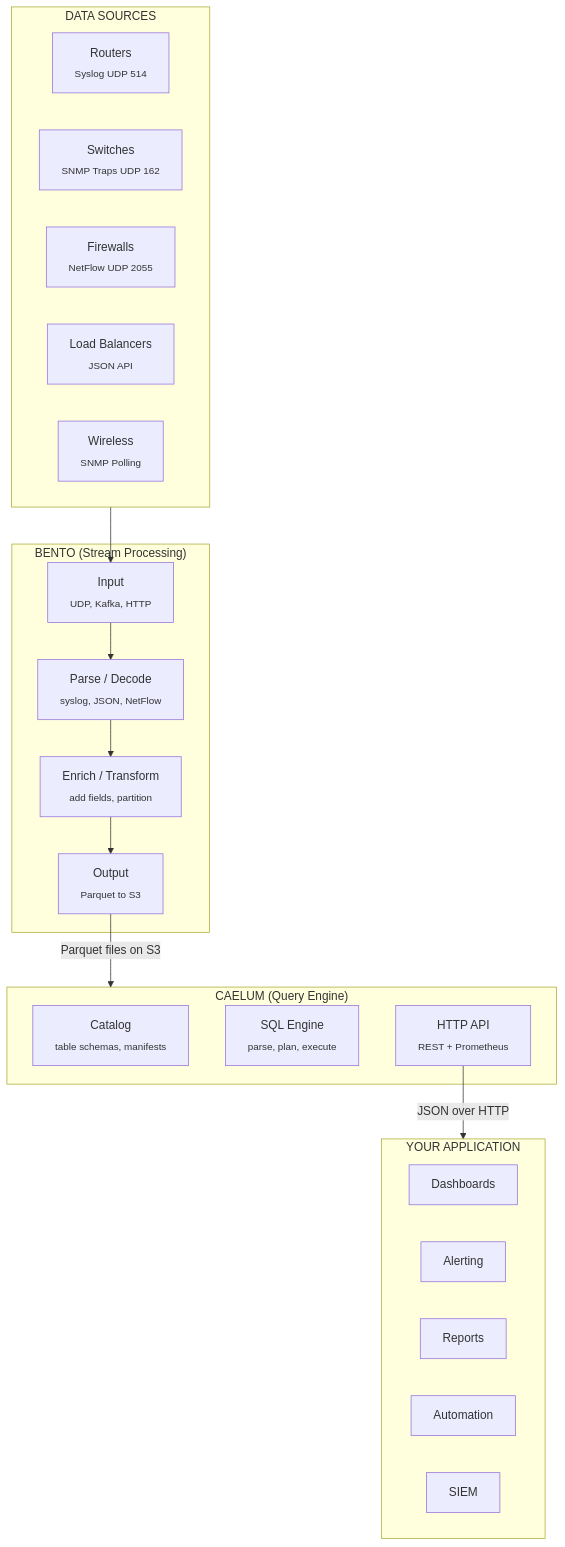
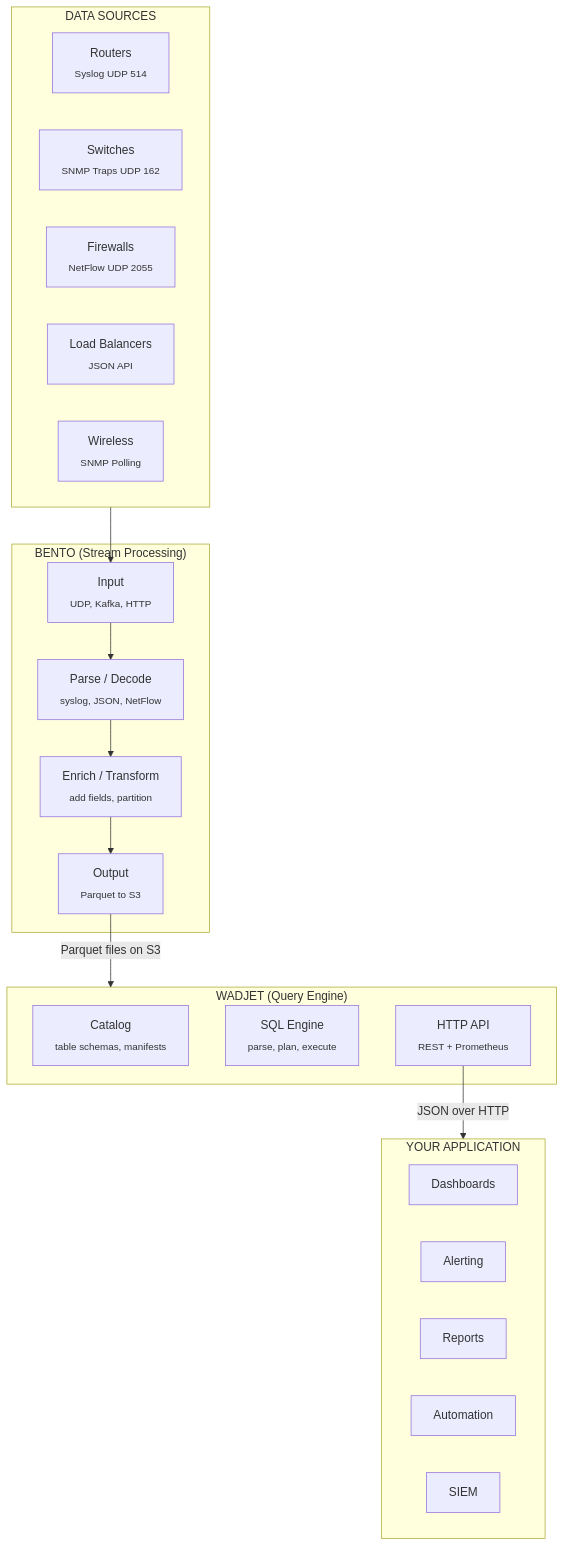
One commit to derekmwright/wadjet changed the diagram in docs/network-analytics.md. Above: the diagram before and after it, drawn with Mermaid. The commit also changed other lines of this file and 155 other files, not shown here.

First line of the commit message:
chore: rename project from caelum to wadjet under citc-tech

````diff
--- a/docs/network-analytics.md
+++ b/docs/network-analytics.md
@@ -7,36 +7,36 @@
 ```mermaid
 graph TD
     subgraph DS ["DATA SOURCES"]
         R["Routers<br/><sub>Syslog UDP 514</sub>"]
         SW["Switches<br/><sub>SNMP Traps UDP 162</sub>"]
         FW["Firewalls<br/><sub>NetFlow UDP 2055</sub>"]
         LB["Load Balancers<br/><sub>JSON API</sub>"]
         WL["Wireless<br/><sub>SNMP Polling</sub>"]
     end
 
     subgraph BE ["BENTO (Stream Processing)"]
         IN["Input<br/><sub>UDP, Kafka, HTTP</sub>"]
         PA["Parse / Decode<br/><sub>syslog, JSON, NetFlow</sub>"]
         EN["Enrich / Transform<br/><sub>add fields, partition</sub>"]
         OUT["Output<br/><sub>Parquet to S3</sub>"]
         IN --> PA --> EN --> OUT
     end
 
-    subgraph CA ["CAELUM (Query Engine)"]
+    subgraph CA ["WADJET (Query Engine)"]
         CAT["Catalog<br/><sub>table schemas, manifests</sub>"]
         SQL["SQL Engine<br/><sub>parse, plan, execute</sub>"]
         API["HTTP API<br/><sub>REST + Prometheus</sub>"]
     end
 
     subgraph APP ["YOUR APPLICATION"]
         DA["Dashboards"]
         AL["Alerting"]
         RE["Reports"]
         AU["Automation"]
         SI["SIEM"]
     end
 
     DS --> IN
     OUT -- "Parquet files on S3" --> CA
     API -- "JSON over HTTP" --> APP
 ```
````
